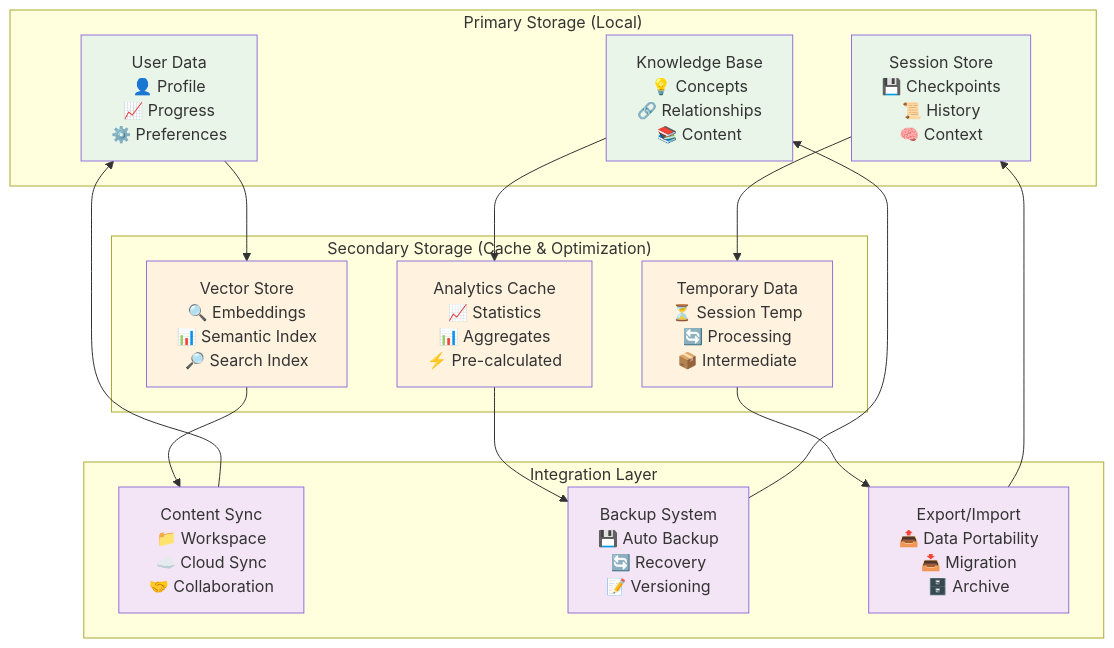
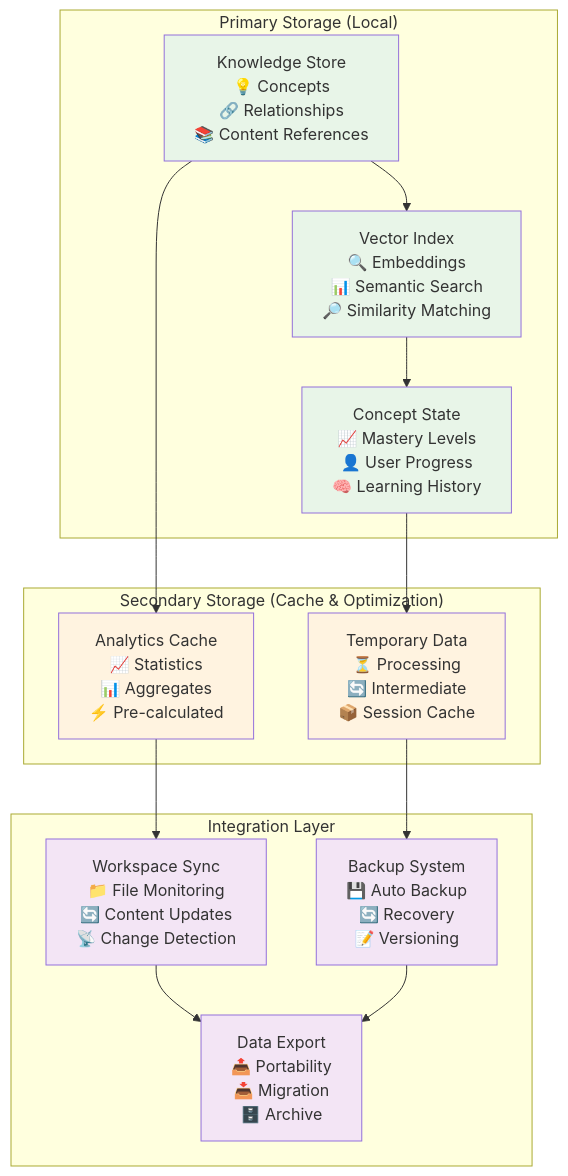
One commit to phona/learning-catalyst changed the third of 3 diagrams in docs/technical/system-architecture/knowledge-management-system.md. Above: the diagram before and after it, drawn with Mermaid. The commit also changed other lines of this file and 19 other files, not shown here.

````diff
--- a/docs/technical/system-architecture/knowledge-management-system.md
+++ b/docs/technical/system-architecture/knowledge-management-system.md
@@ -881,50 +178,39 @@
 ```mermaid
 graph TB
     subgraph "Primary Storage (Local)"
-        UserData["User Data<br/>👤 Profile<br/>📈 Progress<br/>⚙️ Preferences"]
-        KnowledgeBase["Knowledge Base<br/>💡 Concepts<br/>🔗 Relationships<br/>📚 Content"]
-        SessionStore["Session Store<br/>💾 Checkpoints<br/>📜 History<br/>🧠 Context"]
+        KnowledgeStore["Knowledge Store<br/>💡 Concepts<br/>🔗 Relationships<br/>📚 Content References"]
+        VectorIndex["Vector Index<br/>🔍 Embeddings<br/>📊 Semantic Search<br/>🔎 Similarity Matching"]
+        ConceptState["Concept State<br/>📈 Mastery Levels<br/>👤 User Progress<br/>🧠 Learning History"]
     end
 
     subgraph "Secondary Storage (Cache & Optimization)"
-        VectorStore["Vector Store<br/>🔍 Embeddings<br/>📊 Semantic Index<br/>🔎 Search Index"]
         AnalyticsCache["Analytics Cache<br/>📈 Statistics<br/>📊 Aggregates<br/>⚡ Pre-calculated"]
-        TempData["Temporary Data<br/>⏳ Session Temp<br/>🔄 Processing<br/>📦 Intermediate"]
+        TempData["Temporary Data<br/>⏳ Processing<br/>🔄 Intermediate<br/>📦 Session Cache"]
     end
 
     subgraph "Integration Layer"
-        ContentSync["Content Sync<br/>📁 Workspace<br/>☁️ Cloud Sync<br/>🤝 Collaboration"]
+        WorkspaceSync["Workspace Sync<br/>📁 File Monitoring<br/>🔄 Content Updates<br/>📡 Change Detection"]
         BackupSystem["Backup System<br/>💾 Auto Backup<br/>🔄 Recovery<br/>📝 Versioning"]
-        ExportImport["Export/Import<br/>📤 Data Portability<br/>📥 Migration<br/>🗄️ Archive"]
+        DataExport["Data Export<br/>📤 Portability<br/>📥 Migration<br/>🗄️ Archive"]
     end
 
-    UserData --> VectorStore
-    KnowledgeBase --> AnalyticsCache
-    SessionStore --> TempData
+    KnowledgeStore --> VectorIndex
+    VectorIndex --> ConceptState
 
-    VectorStore --> ContentSync
-    AnalyticsCache --> BackupSystem
-    TempData --> ExportImport
+    KnowledgeStore --> AnalyticsCache
+    ConceptState --> TempData
 
-    ContentSync --> UserData
-    BackupSystem --> KnowledgeBase
-    ExportImport --> SessionStore
+    AnalyticsCache --> WorkspaceSync
+    TempData --> BackupSystem
+
+    WorkspaceSync --> DataExport
+    BackupSystem --> DataExport
 
     classDef primary fill:#e8f5e8
     classDef secondary fill:#fff3e0
     classDef integration fill:#f3e5f5
 
-    class UserData,KnowledgeBase,SessionStore primary
-    class VectorStore,AnalyticsCache,TempData secondary
-    class ContentSync,BackupSystem,ExportImport integration
-
-    %% UserData: User-specific data stored locally for privacy
-%% KnowledgeBase: Structured knowledge with relationships and metadata
-%% SessionStore: Session state and learning context persistence
-%% VectorStore: Semantic search and similarity matching
-%% AnalyticsCache: Pre-computed analytics for performance
-%% TempData: Ephemeral data during processing
-%% ContentSync: Workspace and cloud content synchronization
-%% BackupSystem: Data protection and recovery mechanisms
-%% ExportImport: Data portability and migration tools
+    class KnowledgeStore,VectorIndex,ConceptState primary
+    class AnalyticsCache,TempData secondary
+    class WorkspaceSync,BackupSystem,DataExport integration
 ```
````
